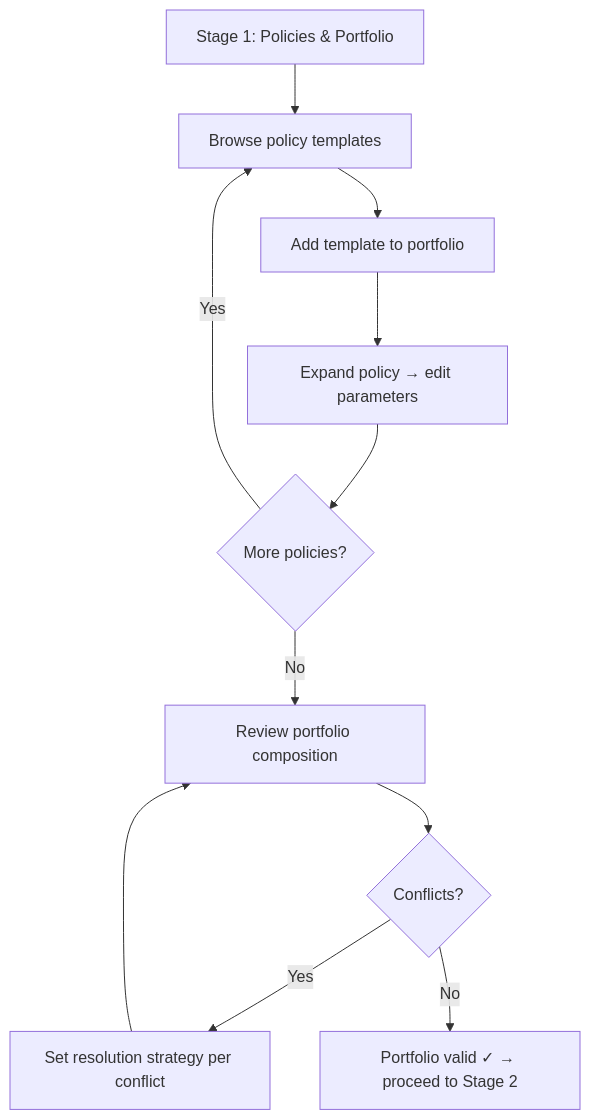
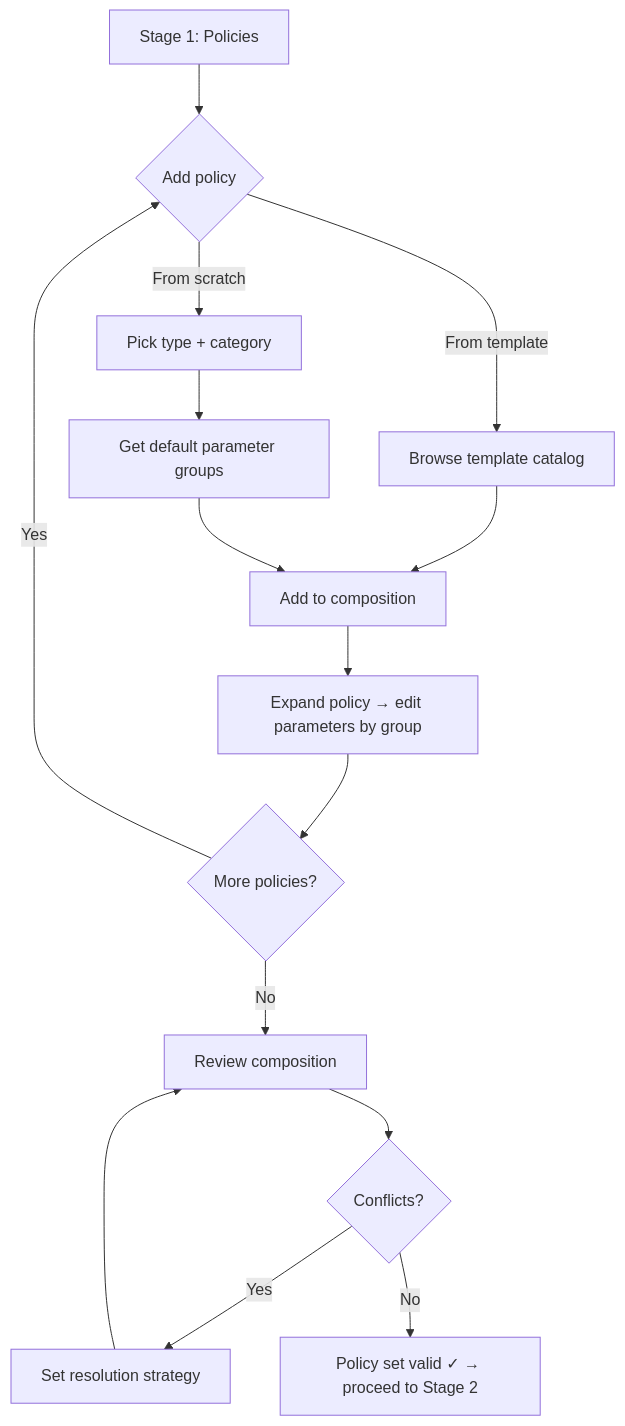
Before and after one commit to reformlab/ReformLab: the sixth of 8 diagrams in _bmad-output/planning-artifacts/ux-design-specification.md, drawn with Mermaid. The commit also changed other lines of this file, not shown here.

First line of the commit message:
docs(ux): revision 4.1 — Stage 1 Policies redesign and five-stage workspace

````diff
--- a/_bmad-output/planning-artifacts/ux-design-specification.md
+++ b/_bmad-output/planning-artifacts/ux-design-specification.md
@@ -1416,13 +1573,17 @@
 ```mermaid
 flowchart TD
-    A[Stage 1: Policies & Portfolio] --> B[Browse policy templates]
-    B --> C[Add template to portfolio]
-    C --> D[Expand policy → edit parameters]
-    D --> E{More policies?}
-    E -->|Yes| B
-    E -->|No| F[Review portfolio composition]
-    F --> G{Conflicts?}
-    G -->|Yes| H[Set resolution strategy per conflict]
-    H --> F
-    G -->|No| I[Portfolio valid ✓ → proceed to Stage 2]
+    A[Stage 1: Policies] --> B{Add policy}
+    B -->|From template| C[Browse template catalog]
+    B -->|From scratch| D[Pick type + category]
+    C --> E[Add to composition]
+    D --> F[Get default parameter groups]
+    F --> E
+    E --> G[Expand policy → edit parameters by group]
+    G --> H{More policies?}
+    H -->|Yes| B
+    H -->|No| I[Review composition]
+    I --> J{Conflicts?}
+    J -->|Yes| K[Set resolution strategy]
+    K --> I
+    J -->|No| L[Policy set valid ✓ → proceed to Stage 2]
 ```
````
